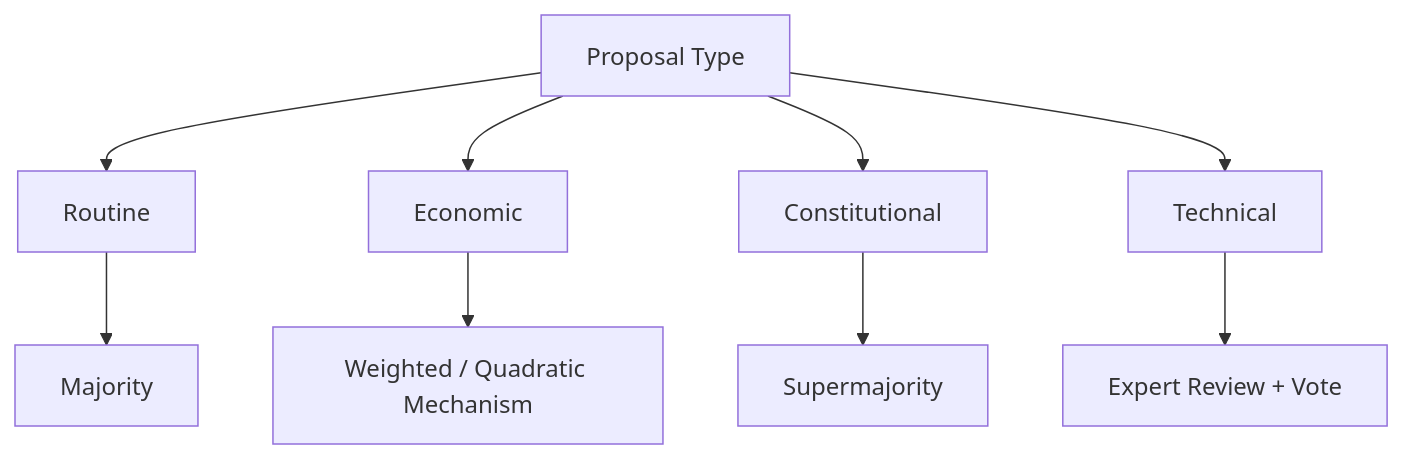
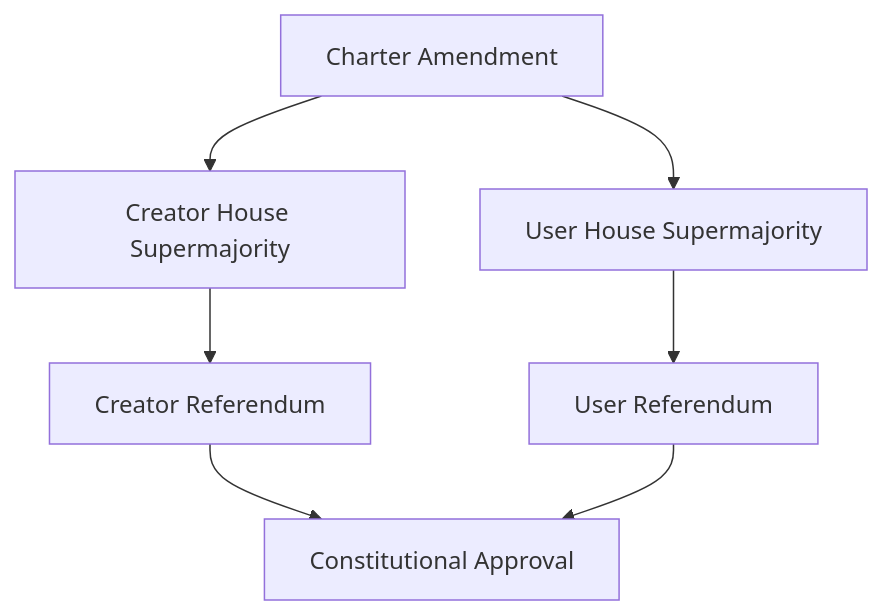
Before and after one commit to ShigeichiroYamasaki/creator-first-platform: diagram 11 of 23 in docs/whitepaper/07-governance.md, drawn with Mermaid. The commit also changed other lines of this file and 1 other file, not shown here.

````diff
--- a/docs/whitepaper/07-governance.md
+++ b/docs/whitepaper/07-governance.md
@@ -276,14 +488,15 @@
 ```mermaid
 flowchart TD
-    ISSUE[Proposal Type]
+    CHANGE[Charter Amendment]
+    CH[Creator House Supermajority]
+    UH[User House Supermajority]
+    CR[Creator Referendum]
+    UR[User Referendum]
 
-    ISSUE --> SIMPLE[Routine]
-    ISSUE --> ECON[Economic]
-    ISSUE --> CONST[Constitutional]
-    ISSUE --> TECH[Technical]
-
-    SIMPLE --> MAJ[Majority]
-    ECON --> QV[Weighted / Quadratic Mechanism]
-    CONST --> SUPER[Supermajority]
-    TECH --> REVIEW[Expert Review + Vote]
+    CHANGE --> CH
+    CHANGE --> UH
+    CH --> CR
+    UH --> UR
+    CR --> FINAL[Constitutional Approval]
+    UR --> FINAL
 ```
````
